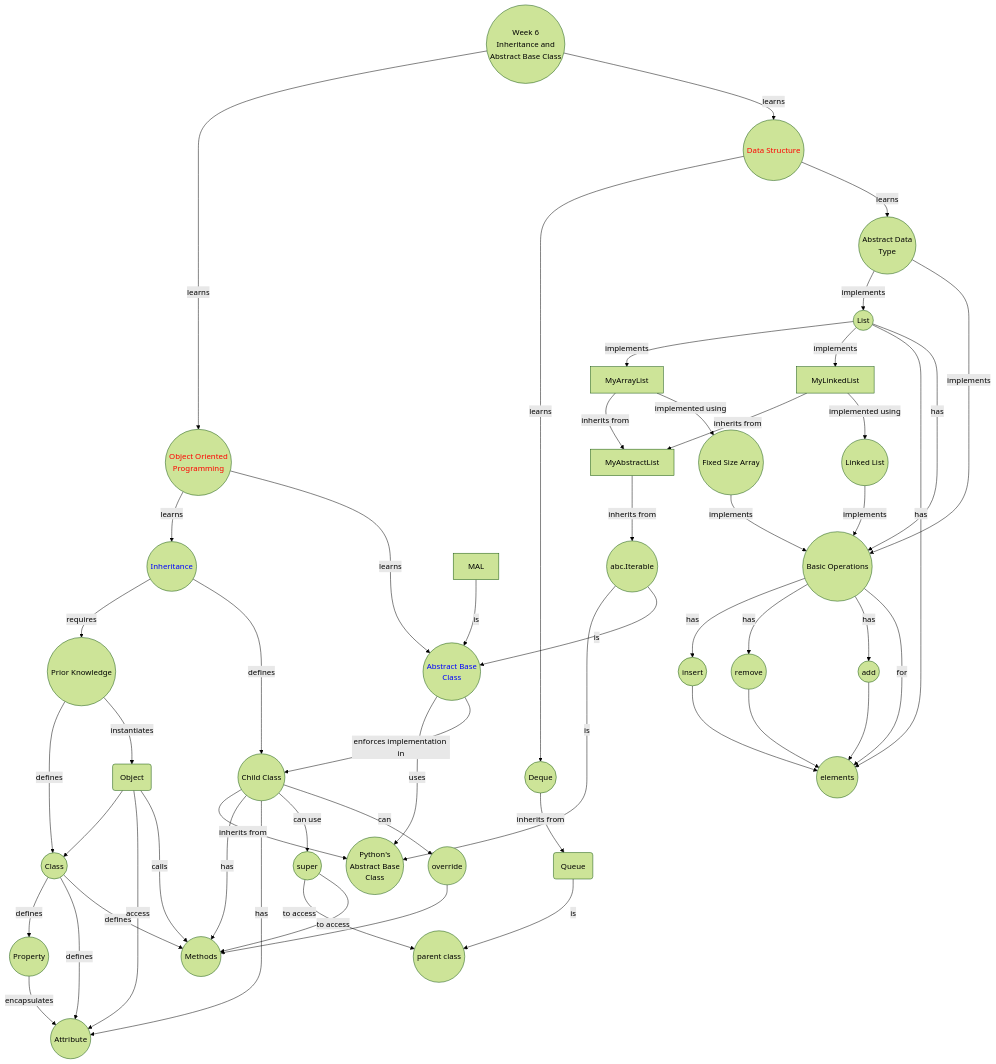
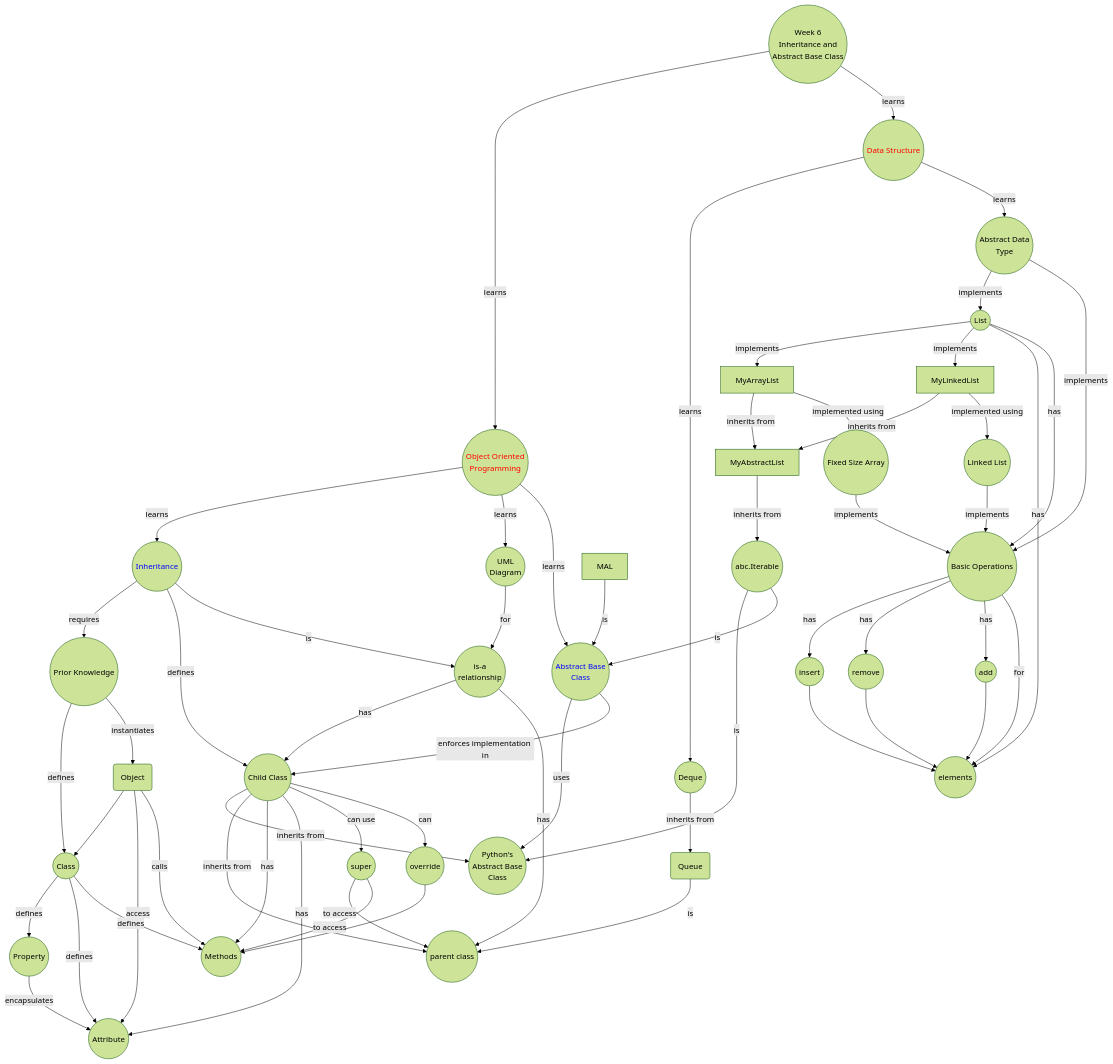
The diagram in learning-objectives/06-inheritance.md (iamanigeeit/DDW2023), drawn with Mermaid (forest theme) before and after one commit. The commit also changed other lines of this file and 3 other files, not shown here.

Commit message:
Fix mermaid diagram for week 3 to 6.

````diff
--- a/learning-objectives/06-inheritance.md
+++ b/learning-objectives/06-inheritance.md
@@ -18,60 +20,66 @@
 ```mermaid
 flowchart TD
     W((Week 6<br>Inheritance and<br>Abstract Base Class)) --> |learns| OO((Object Oriented<br>Programming))
     style OO color:red
     W((Week 6<br>Inheritance and<br>Abstract Base Class)) --> |learns| DS((Data Structure))
     style DS color:red
     OO --> |learns| INH((Inheritance))
+    OO --> |learns| UML((UML<br>Diagram))
     style INH color:blue
     OO --> |learns| ABC((Abstract Base<br>Class))
     style ABC color:blue
     INH --> |requires| PK((Prior Knowledge))
     INH --> |defines| CC((Child Class))
     PK --> |defines| CLA((Class))
     PK --> |instantiates| OBJ(Object)
     CLA --> |defines| PRO((Property))
     PRO --> |encapsulates| ATTR
     CLA --> |defines| ATTR((Attribute))
     CLA --> |defines| METH((Methods))
     OBJ --> CLA
     OBJ --> |access| ATTR
     OBJ --> |calls| METH
     ABC --> |uses| PABC((Python's<br>Abstract Base<br>Class))
     ABC --> |enforces implementation in| CC
     CC --> |inherits from| PABC
+    CC --> |inherits from| PC
     CC --> |has| METH
     CC --> |has| ATTR
     CC --> |can use| SUP((super))
     CC --> |can| OVE((override))
     SUP --> |to access| PC((parent class))
     SUP --> |to access| METH
     OVE --> METH
+    UML --> |for| ISAR((is-a<br>relationship))
+    ISAR --> |has| CC
+    ISAR --> |has| PC
+    INH --> |is| ISAR
     ABCI((abc.Iterable)) --> |is| PABC
     ABCI --> |is| ABC
     MyAbstractList --> |inherits from| ABCI
     MAL --> |is| ABC
     DS --> |learns| DEQ((Deque))
     DEQ --> |inherits from| QUE(Queue)
     QUE --> |is| PC
     DS --> |learns| ADT((Abstract Data<br>Type))
     ADT --> |implements| LIST((List))
     ADT --> |implements| BO((Basic Operations))
     LIST --> |implements| MyArrayList
     LIST --> |implements| MyLinkedList
     MyArrayList --> |inherits from| MyAbstractList
     MyArrayList --> |implemented using| FSA((Fixed Size Array))
     MyLinkedList --> |inherits from| MyAbstractList
     MyLinkedList --> |implemented using| LL((Linked List))
     LL --> |implements| BO
     FSA --> |implements| BO
     BO --> |has| INS((insert))
     BO --> |has| REM((remove))
     BO --> |has| ADD((add))
     BO --> |for| ELE((elements))
     LIST --> |has| ELE
     LIST --> |has| BO
     INS --> ELE
     REM --> ELE
     ADD --> ELE
 
 ```
````
